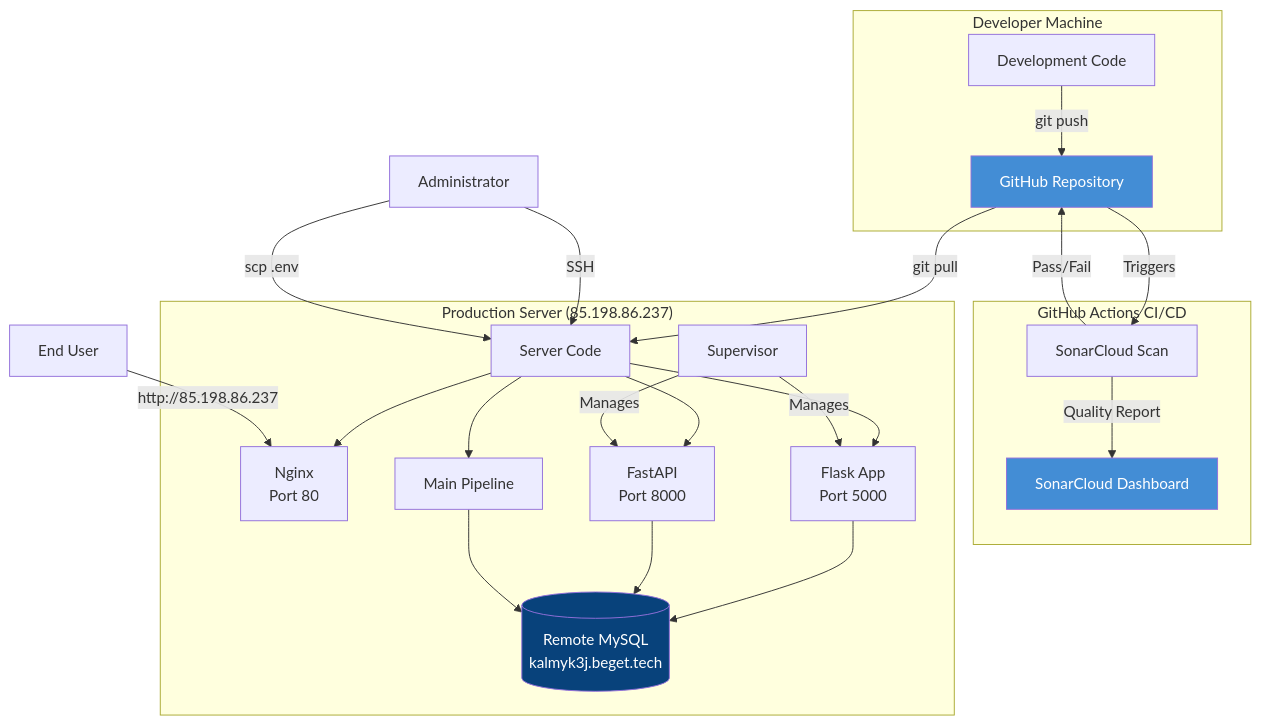
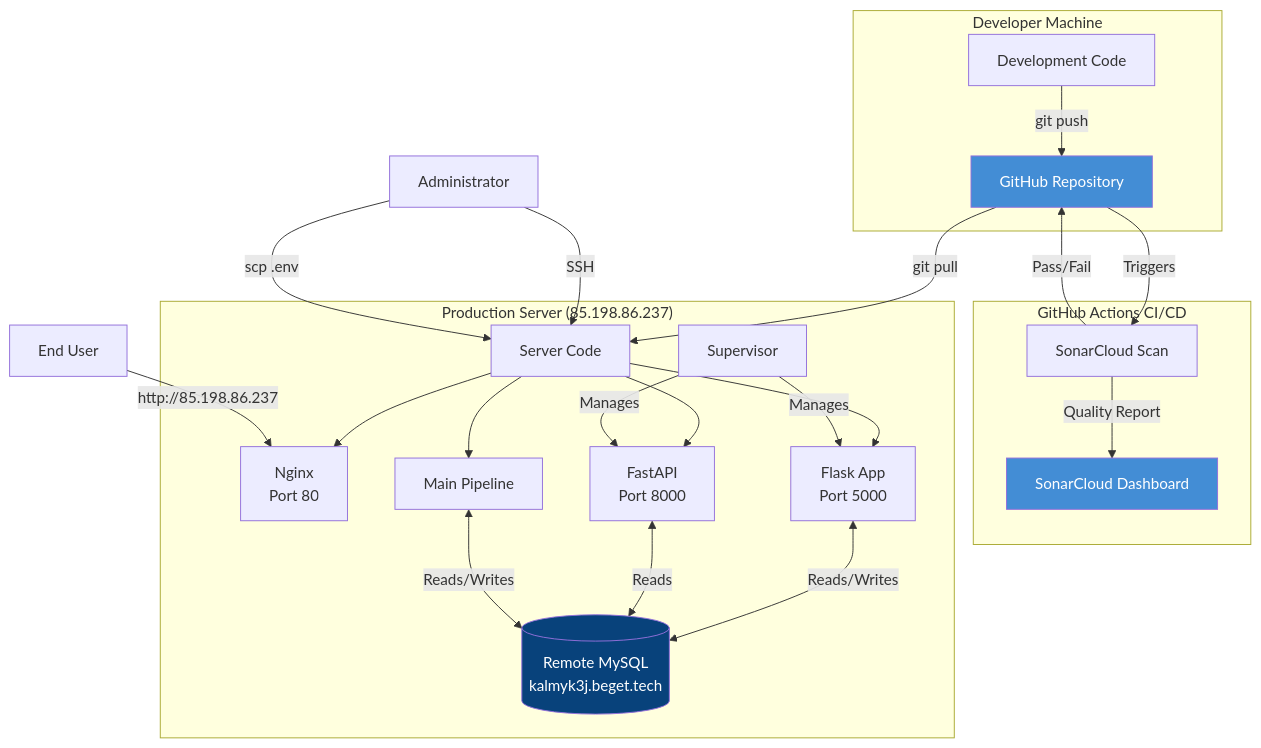
Before and after one commit to hauptmann1971/b2b-contact-miner: the eighth of 8 diagrams in doc/C4_ARCHITECTURE.md, drawn with Mermaid. The commit also changed other lines of this file and 1 other file, not shown here.

Commit message:
docs(c4): align diagrams with codebase (MySQL, workers, crawl_logs, export)

````diff
--- a/doc/C4_ARCHITECTURE.md
+++ b/doc/C4_ARCHITECTURE.md
@@ -369,37 +394,37 @@
 ```mermaid
 graph TB
     subgraph "Developer Machine"
         DevCode[Development Code] -->|git push| GitHub[GitHub Repository]
     end
     
     subgraph "GitHub Actions CI/CD"
         GitHub -->|Triggers| SonarScan[SonarCloud Scan]
         SonarScan -->|Quality Report| SonarCloud[SonarCloud Dashboard]
         SonarScan -->|Pass/Fail| GitHub
     end
     
     subgraph "Production Server (85.198.86.237)"
         GitHub -->|git pull| ServerCode[Server Code]
         
         ServerCode --> Nginx[Nginx<br/>Port 80]
         ServerCode --> FlaskApp[Flask App<br/>Port 5000]
         ServerCode --> FastAPI[FastAPI<br/>Port 8000]
         ServerCode --> Pipeline[Main Pipeline]
         
         Supervisor[Supervisor] -->|Manages| FlaskApp
         Supervisor -->|Manages| FastAPI
         
-        FlaskApp --> RemoteDB[(Remote MySQL<br/>kalmyk3j.beget.tech)]
-        FastAPI --> RemoteDB
-        Pipeline --> RemoteDB
+        FlaskApp <-->|Reads/Writes| RemoteDB[(Remote MySQL<br/>kalmyk3j.beget.tech)]
+        FastAPI <-->|Reads| RemoteDB
+        Pipeline <-->|Reads/Writes| RemoteDB
         
     end
     
     User[End User] -->|http://85.198.86.237| Nginx
     Admin[Administrator] -->|SSH| ServerCode
     Admin -->|scp .env| ServerCode
     
     style GitHub fill:#438dd5,color:#fff
     style SonarCloud fill:#438dd5,color:#fff
     style RemoteDB fill:#08427b,color:#fff
 ```
````
